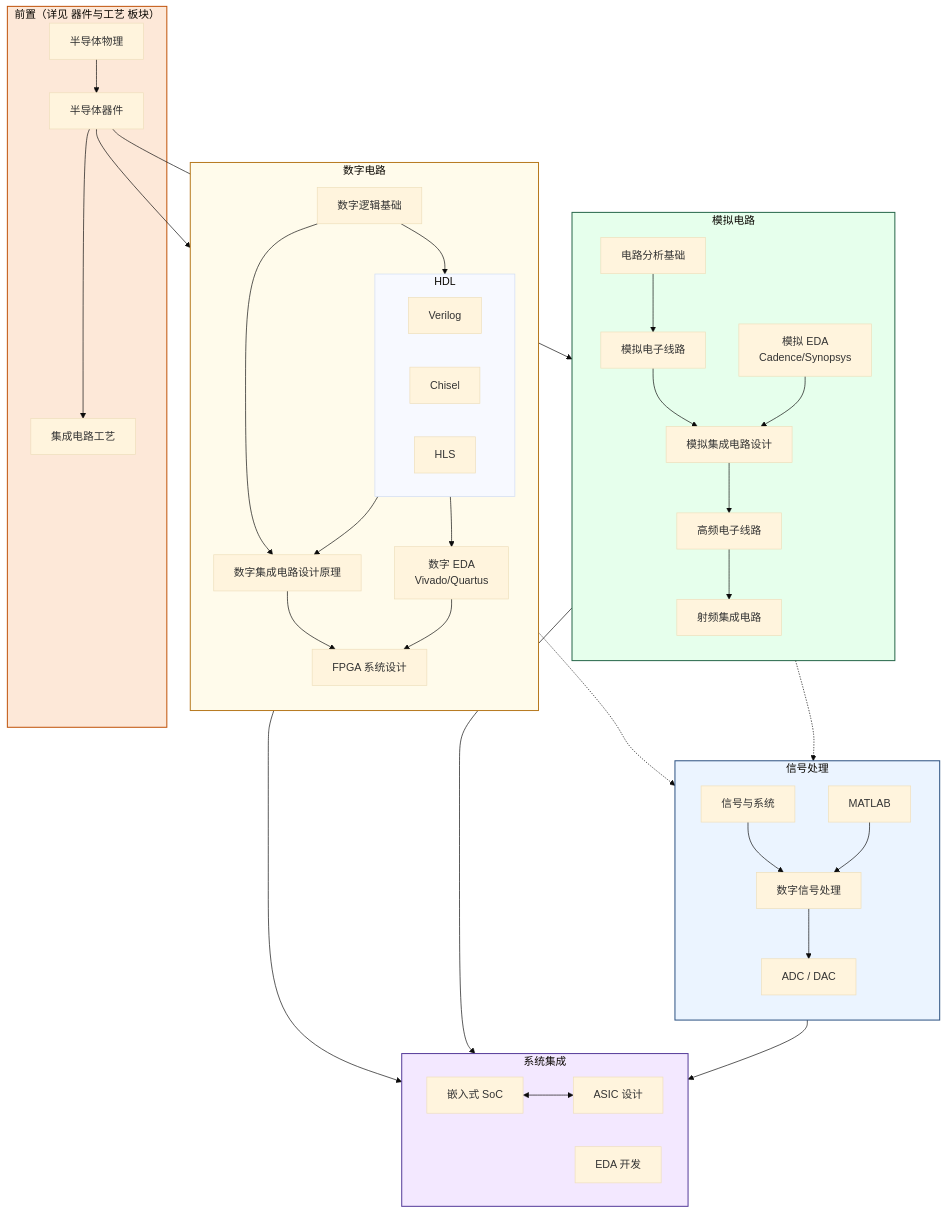
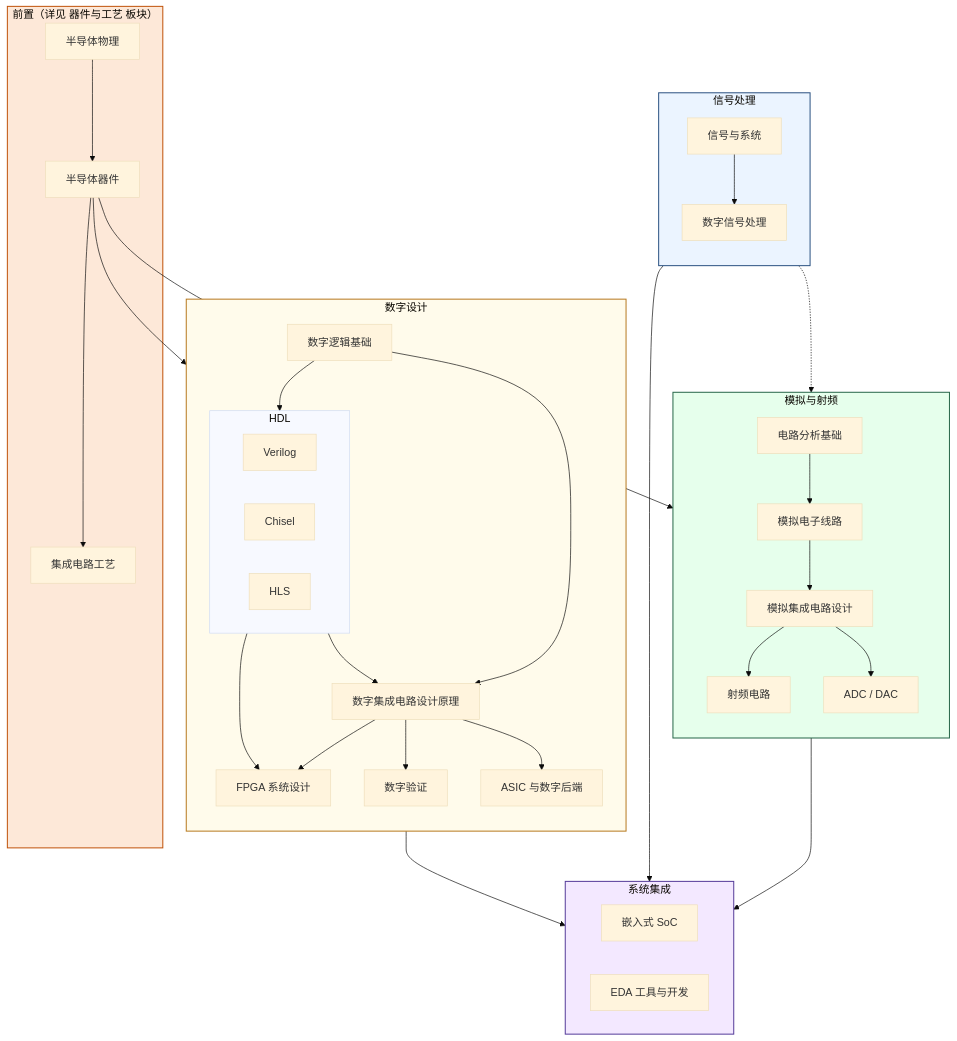
One commit to Crys-Chen/ic-guide changed the diagram in docs/学习地图/电路/index.md. Above: the diagram before and after it, drawn with Mermaid (base theme). The commit also changed other lines of this file and 15706 other files, not shown here.

First line of the commit message:
重构学习地图目录结构

````diff
--- a/docs/学习地图/电路/index.md
+++ b/docs/学习地图/电路/index.md
@@ -9,73 +9,68 @@
 ```mermaid
 graph TB
     subgraph A["前置（详见 器件与工艺 板块）"]
         A0[半导体物理] --> A1[半导体器件] --> A2[集成电路工艺]
     end
 
-    subgraph B1[数字电路]
+    subgraph B1[数字设计]
         direction TB
         B1_1[数字逻辑基础]
         subgraph B1_2[HDL]
             B1_2_1[Verilog]
             B1_2_2[Chisel]
             B1_2_3[HLS]
         end
-        B1_3[数字 EDA<br/>Vivado/Quartus]
+        B1_4[FPGA 系统设计]
         B1_5[数字集成电路设计原理]
-        B1_4[FPGA 系统设计]
+        B1_6[数字验证]
+        B1_7[ASIC 与数字后端]
     end
 
-    subgraph B2[模拟电路]
+    subgraph B2[模拟与射频]
         direction TB
         B2_0[电路分析基础]
         B2_1[模拟电子线路]
         B2_2[模拟集成电路设计]
-        B2_3[高频电子线路]
-        B2_4[射频集成电路]
-        B2_5[模拟 EDA<br/>Cadence/Synopsys]
+        B2_6[ADC / DAC]
+        B2_4[射频电路]
     end
 
     subgraph B3[信号处理]
         direction TB
         B3_0[信号与系统]
-        B3_3[MATLAB]
         B3_1[数字信号处理]
-        B3_2[ADC / DAC]
     end
 
     subgraph C[系统集成]
         C2[嵌入式 SoC]
-        C3[ASIC 设计]
-        D[EDA 开发]
+        D["EDA 工具与开发"]
     end
 
     A1 --> B1
     A1 --> B2
     B1_1 --> B1_2
     B1_1 --> B1_5
     B1_2 --> B1_5
-    B1_2 --> B1_3
-    B1_3 --> B1_4
+    B1_2 --> B1_4
     B1_5 --> B1_4
-    B2_0 --> B2_1 --> B2_2 --> B2_3 --> B2_4
-    B2_5 --> B2_2
-    B3_0 --> B3_1 --> B3_2
-    B3_3 --> B3_1
-    B1 -.-> B3_2
-    B2 -.-> B3_2
+    B1_5 --> B1_6
+    B1_5 --> B1_7
+    B2_0 --> B2_1 --> B2_2 --> B2_4
+    B2_2 --> B2_6
+    B3_0 --> B3_1
+    B3_1 -.-> B2_6
     B1 --> C
     B2 --> C
     B3 --> C
-    C2 <--> C3
 
     classDef device fill:#FDE8D8,stroke:#C0530A,stroke-width:1.5px
     classDef digital fill:#FFFBEB,stroke:#B7791F,stroke-width:1.5px
     classDef analog fill:#E6FFEC,stroke:#276749,stroke-width:1.5px
     classDef signal fill:#EBF4FF,stroke:#2C5282,stroke-width:1.5px
     classDef system fill:#F3E8FF,stroke:#553C9A,stroke-width:1.5px
     class A device
     class B1 digital
     class B2 analog
     class B3 signal
     class C system
 ```
````
